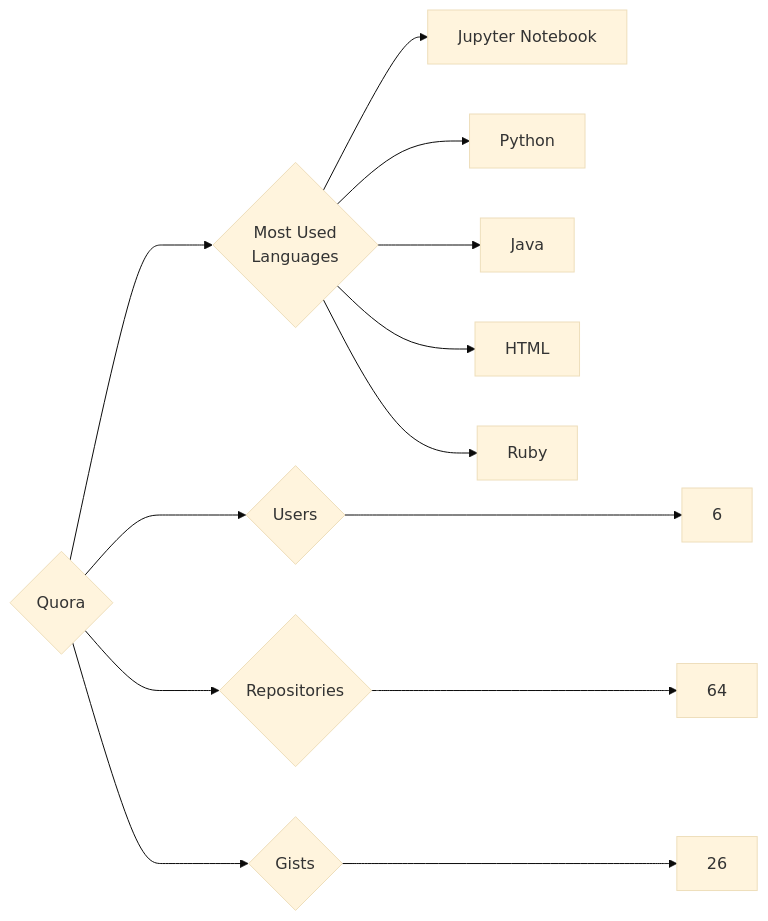
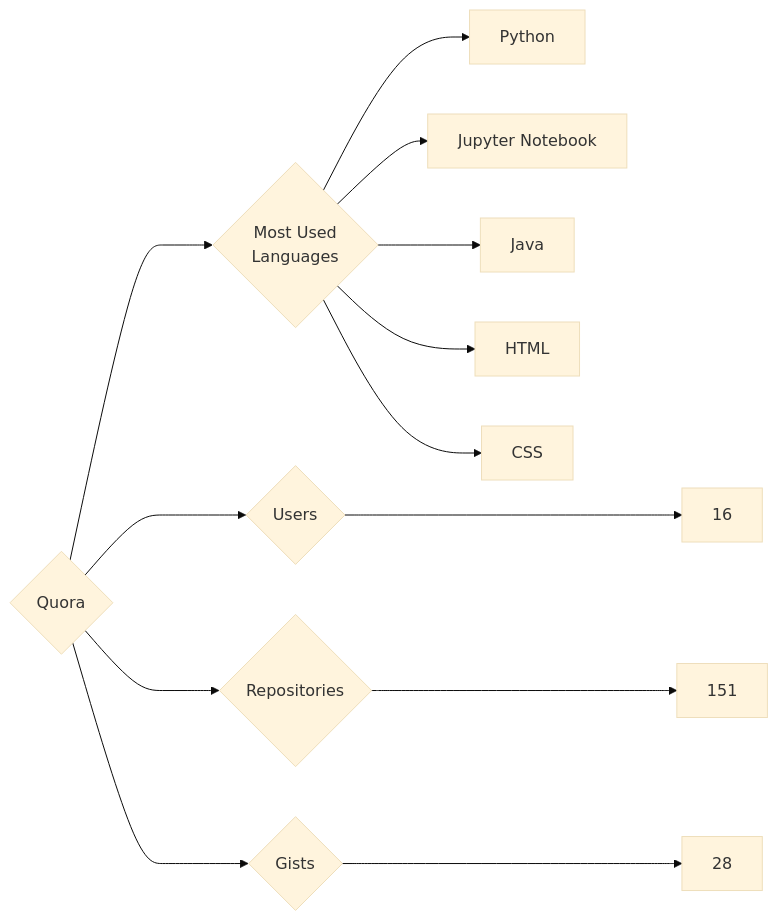
The diagram in targets/Quora/README.md (trickest/insiders), drawn with Mermaid (base theme) before and after one commit. The commit also changed 806 other files, not shown here.

````diff
--- a/targets/Quora/README.md
+++ b/targets/Quora/README.md
@@ -3,13 +3,13 @@
 ```mermaid
 graph LR
 COMPANY_NAME{Quora}
-COMPANY_NAME ---> U{Users} ---> UN[6]
-COMPANY_NAME ---> R{Repositories} ---> RN[64]
-COMPANY_NAME ---> G{Gists} ---> GN[26]
+COMPANY_NAME ---> U{Users} ---> UN[16]
+COMPANY_NAME ---> R{Repositories} ---> RN[151]
+COMPANY_NAME ---> G{Gists} ---> GN[28]
 COMPANY_NAME ---> ML{Most Used<br>Languages}
+ML --> Python[Python]
 ML --> Jupyter_Notebook[Jupyter Notebook]
-ML --> Python[Python]
 ML --> Java[Java]
 ML --> HTML[HTML]
-ML --> Ruby[Ruby]
+ML --> CSS[CSS]
 ```
````
